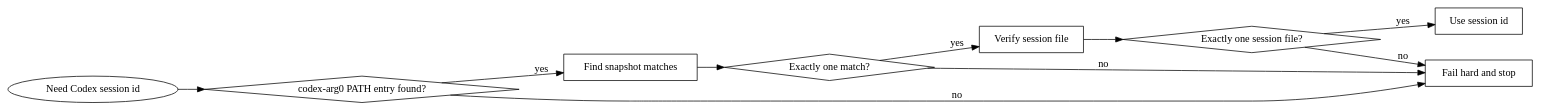
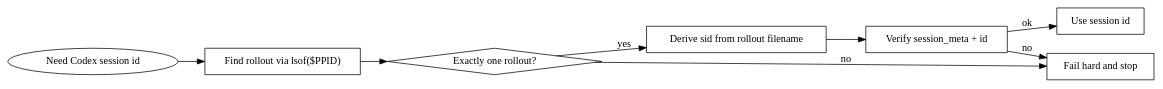
Before and after one commit to lajarre/dotfiles: the diagram in .codex/skills/handoff/SKILL.md, drawn with Graphviz. The commit also changed other lines of this file, not shown here.

Commit message:
📝 Update codex handoff skill

````diff
--- a/.codex/skills/handoff/SKILL.md
+++ b/.codex/skills/handoff/SKILL.md
@@ -141,23 +147,20 @@
 ```dot
 digraph resolve_session_id {
   rankdir=LR;
   start [label="Need Codex session id", shape=ellipse];
-  has_path [label="codex-arg0 PATH entry found?", shape=diamond];
-  find_snap [label="Find snapshot matches", shape=box];
-  one_snap [label="Exactly one match?", shape=diamond];
-  verify [label="Verify session file", shape=box];
-  one_session [label="Exactly one session file?", shape=diamond];
+  lsof [label="Find rollout via lsof($PPID)", shape=box];
+  one_rollout [label="Exactly one rollout?", shape=diamond];
+  derive [label="Derive sid from rollout filename", shape=box];
+  verify [label="Verify session_meta + id", shape=box];
   use_id [label="Use session id", shape=box];
   fail [label="Fail hard and stop", shape=box];
 
-  start -> has_path;
-  has_path -> find_snap [label="yes"];
-  has_path -> fail [label="no"];
-  find_snap -> one_snap;
-  one_snap -> verify [label="yes"];
-  one_snap -> fail [label="no"];
-  verify -> one_session;
-  one_session -> use_id [label="yes"];
-  one_session -> fail [label="no"];
+  start -> lsof;
+  lsof -> one_rollout;
+  one_rollout -> derive [label="yes"];
+  one_rollout -> fail [label="no"];
+  derive -> verify;
+  verify -> use_id [label="ok"];
+  verify -> fail [label="no"];
 }
 ```
````
